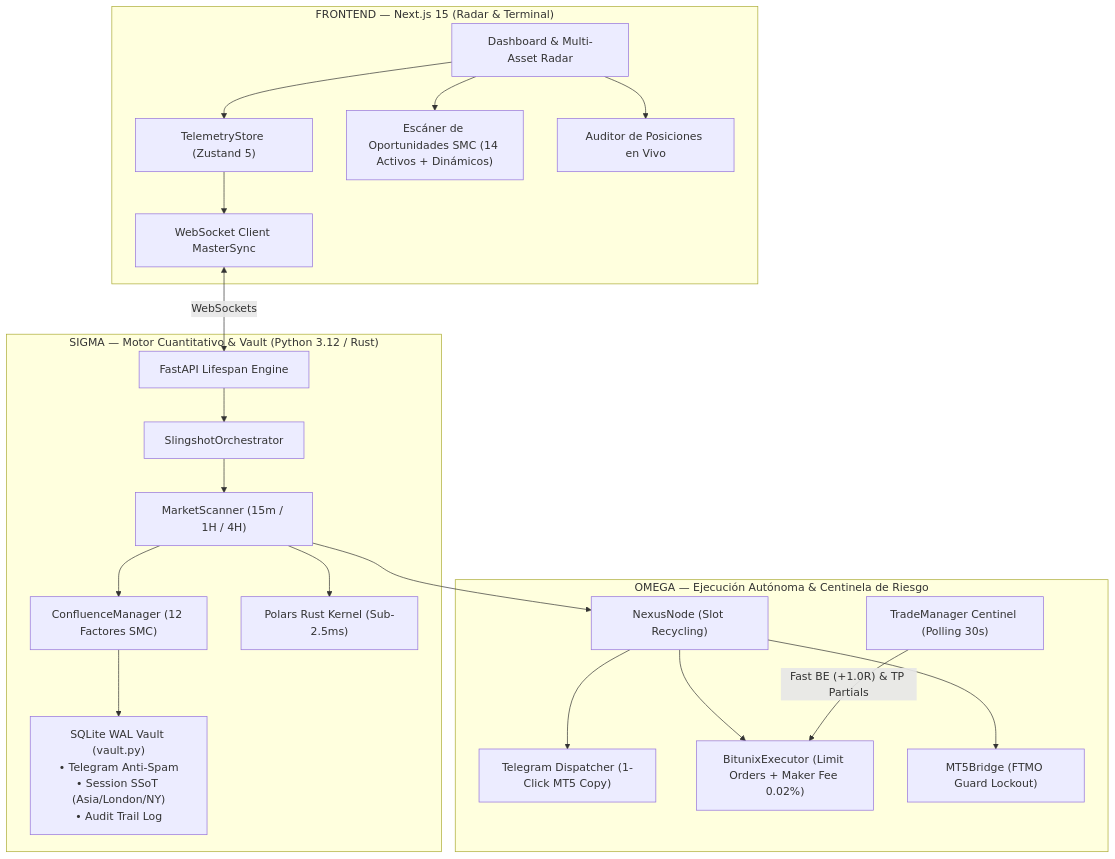
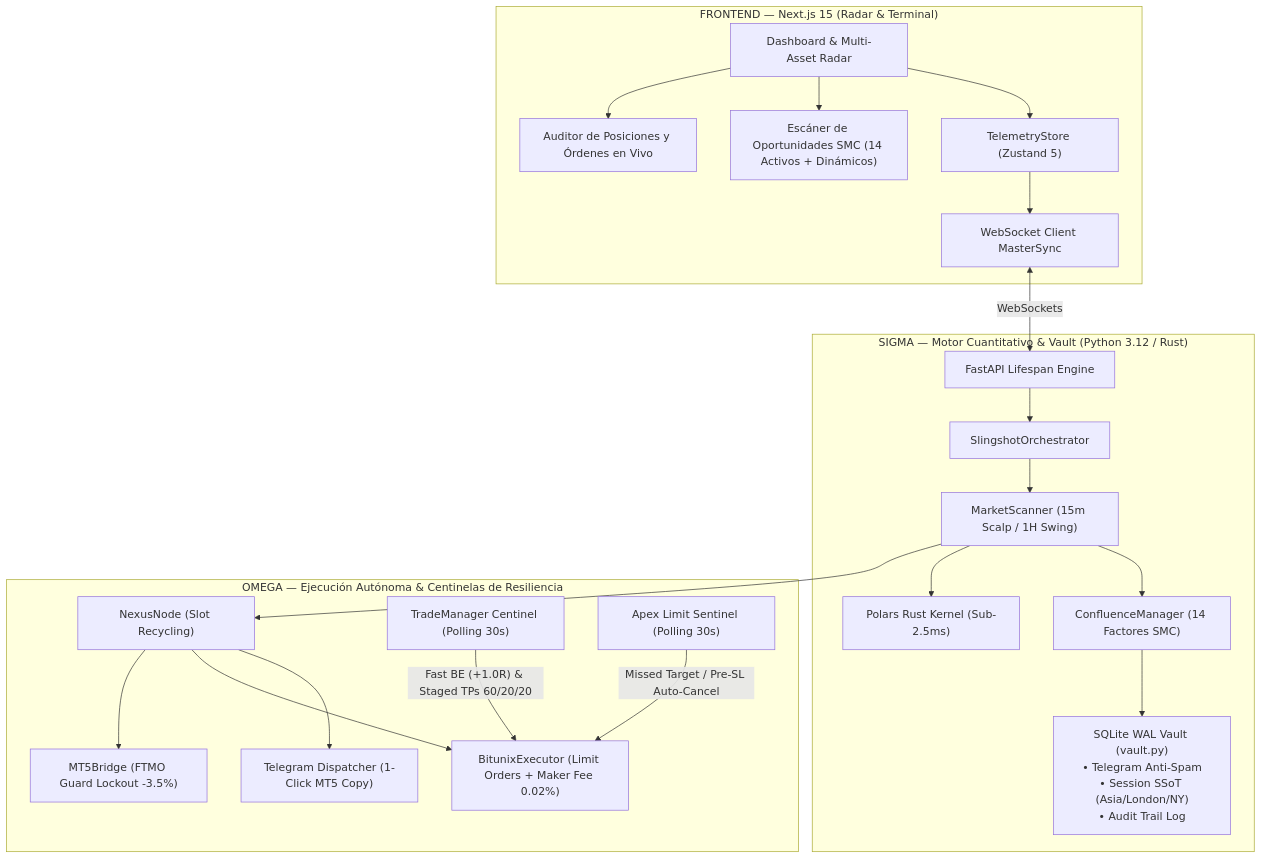
Before and after one commit to matiquelmec/Slingshot: the diagram in README.md, drawn with Mermaid. The commit also changed other lines of this file and 3 other files, not shown here.

````diff
--- a/README.md
+++ b/README.md
@@ -28,27 +29,28 @@
 ```mermaid
 graph TB
     subgraph "FRONTEND — Next.js 15 (Radar & Terminal)"
         A["Dashboard & Multi-Asset Radar"] --> B["TelemetryStore (Zustand 5)"]
         B --> C["WebSocket Client MasterSync"]
         A --> D["Escáner de Oportunidades SMC (14 Activos + Dinámicos)"]
-        A --> E["Auditor de Posiciones en Vivo"]
+        A --> E["Auditor de Posiciones y Órdenes en Vivo"]
     end
 
     subgraph "SIGMA — Motor Cuantitativo & Vault (Python 3.12 / Rust)"
         J["FastAPI Lifespan Engine"] --> K["SlingshotOrchestrator"]
-        K --> L["MarketScanner (15m / 1H / 4H)"]
-        L --> M["ConfluenceManager (12 Factores SMC)"]
+        K --> L["MarketScanner (15m Scalp / 1H Swing)"]
+        L --> M["ConfluenceManager (14 Factores SMC)"]
         L --> N["Polars Rust Kernel (Sub-2.5ms)"]
         M --> V["SQLite WAL Vault (vault.py)<br/>• Telegram Anti-Spam<br/>• Session SSoT (Asia/London/NY)<br/>• Audit Trail Log"]
     end
 
-    subgraph "OMEGA — Ejecución Autónoma & Centinela de Riesgo"
+    subgraph "OMEGA — Ejecución Autónoma & Centinelas de Resiliencia"
         L --> NX["NexusNode (Slot Recycling)"]
         NX --> T["Telegram Dispatcher (1-Click MT5 Copy)"]
         NX --> BX["BitunixExecutor (Limit Orders + Maker Fee 0.02%)"]
-        NX --> MT5["MT5Bridge (FTMO Guard Lockout)"]
-        TM["TradeManager Centinel (Polling 30s)"] --> |"Fast BE (+1.0R) & TP Partials"| BX
+        NX --> MT5["MT5Bridge (FTMO Guard Lockout -3.5%)"]
+        TM["TradeManager Centinel (Polling 30s)"] --> |"Fast BE (+1.0R) & Staged TPs 60/20/20"| BX
+        LS["Apex Limit Sentinel (Polling 30s)"] --> |"Missed Target / Pre-SL Auto-Cancel"| BX
     end
 
     C <--> |"WebSockets"| J
 ```
````
